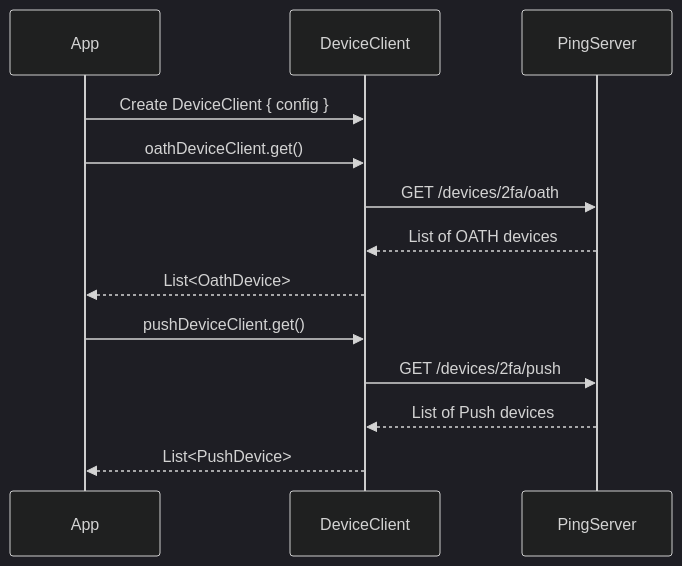
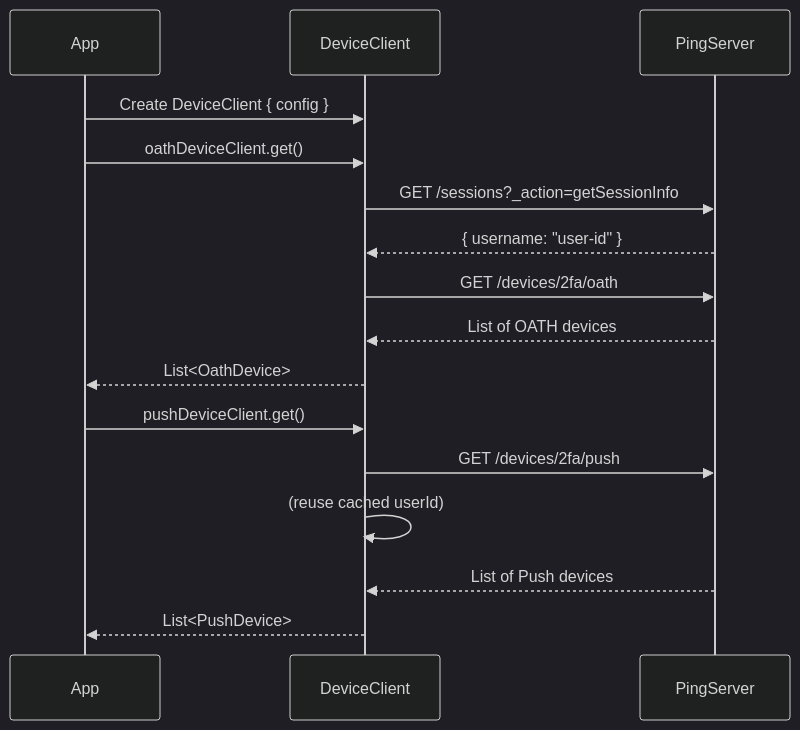
One commit to ForgeRock/ping-android-sdk changed the diagram in foundation/device/device-client/README.md. Above: the diagram before and after it, drawn with Mermaid (dark theme). The commit also changed other lines of this file and 1 other file, not shown here.

Commit message:
Refactor: Update DeviceClient documentation and method names for clarity and consistency

````diff
--- a/foundation/device/device-client/README.md
+++ b/foundation/device/device-client/README.md
@@ -15,17 +15,20 @@
 ```mermaid
 sequenceDiagram
     participant App
     participant DeviceClient
     participant PingServer
     
     App->>DeviceClient: Create DeviceClient { config }
     App->>DeviceClient: oathDeviceClient.get()
+    DeviceClient->>PingServer: GET /sessions?_action=getSessionInfo
+    PingServer-->>DeviceClient: { username: "user-id" }
     DeviceClient->>PingServer: GET /devices/2fa/oath
     PingServer-->>DeviceClient: List of OATH devices
     DeviceClient-->>App: List<OathDevice>
     
     App->>DeviceClient: pushDeviceClient.get()
     DeviceClient->>PingServer: GET /devices/2fa/push
+    DeviceClient->>DeviceClient: (reuse cached userId)
     PingServer-->>DeviceClient: List of Push devices
     DeviceClient-->>App: List<PushDevice>
 ```
````
